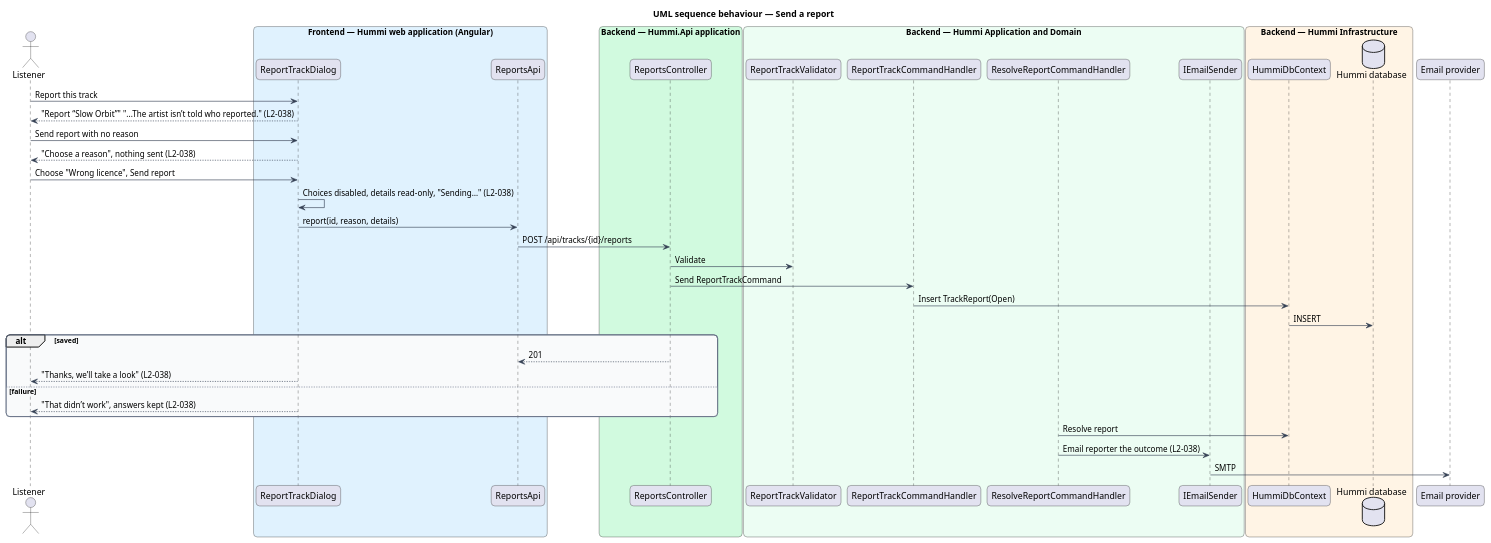
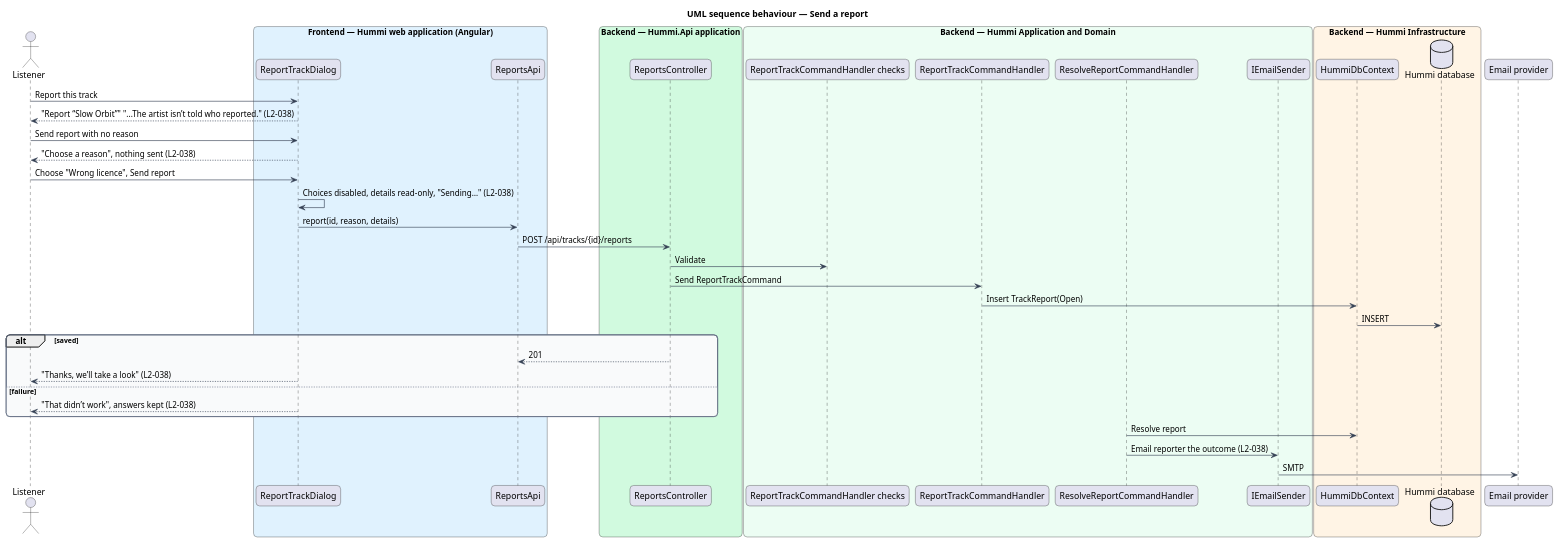
The diagram in docs/detailed-designs/reporting/report-track/diagrams/sequence-report.puml (QuinntyneBrown/hummi), drawn with PlantUML before and after one commit. The commit also changed 46 other files, not shown here.

First line of the commit message:
Report a track: reasons and details, anonymous to the artist, outcome emailed

```diff
--- a/docs/detailed-designs/reporting/report-track/diagrams/sequence-report.puml
+++ b/docs/detailed-designs/reporting/report-track/diagrams/sequence-report.puml
@@ -1,57 +1,57 @@
 @startuml
 title UML sequence behaviour — Send a report
 skinparam backgroundColor #FFFFFF
 skinparam shadowing false
 skinparam roundcorner 12
 skinparam defaultFontName Arial
 skinparam ArrowColor #344054
 skinparam rectangle {
   BorderColor #344054
   FontColor #101828
 }
 skinparam package {
   BorderColor #667085
   FontColor #101828
   BackgroundColor #F9FAFB
 }
 actor "Listener" as u
 box "Frontend — Hummi web application (Angular)" #E0F2FE
   participant "ReportTrackDialog" as dlg
   participant "ReportsApi" as client
 end box
 box "Backend — Hummi.Api application" #D1FADF
   participant "ReportsController" as ctl
 end box
 box "Backend — Hummi Application and Domain" #ECFDF3
-  participant "ReportTrackValidator" as val
+  participant "ReportTrackCommandHandler checks" as val
   participant "ReportTrackCommandHandler" as cmd
   participant "ResolveReportCommandHandler" as res
   participant "IEmailSender" as mail
 end box
 box "Backend — Hummi Infrastructure" #FFF4E5
   participant "HummiDbContext" as ctx
   database "Hummi database" as db
 end box
 participant "Email provider" as email
 u -> dlg : Report this track
 dlg --> u : "Report “Slow Orbit”" "...The artist isn’t told who reported." (L2-038)
 u -> dlg : Send report with no reason
 dlg --> u : "Choose a reason", nothing sent (L2-038)
 u -> dlg : Choose "Wrong licence", Send report
 dlg -> dlg : Choices disabled, details read-only, "Sending…" (L2-038)
 dlg -> client : report(id, reason, details)
 client -> ctl : POST /api/tracks/{id}/reports
 ctl -> val : Validate
 ctl -> cmd : Send ReportTrackCommand
 cmd -> ctx : Insert TrackReport(Open)
 ctx -> db : INSERT
 alt saved
   ctl --> client : 201
   dlg --> u : "Thanks, we’ll take a look" (L2-038)
 else failure
   dlg --> u : "That didn’t work", answers kept (L2-038)
 end
 res -> ctx : Resolve report
 res -> mail : Email reporter the outcome (L2-038)
 mail -> email : SMTP
 @enduml
```
